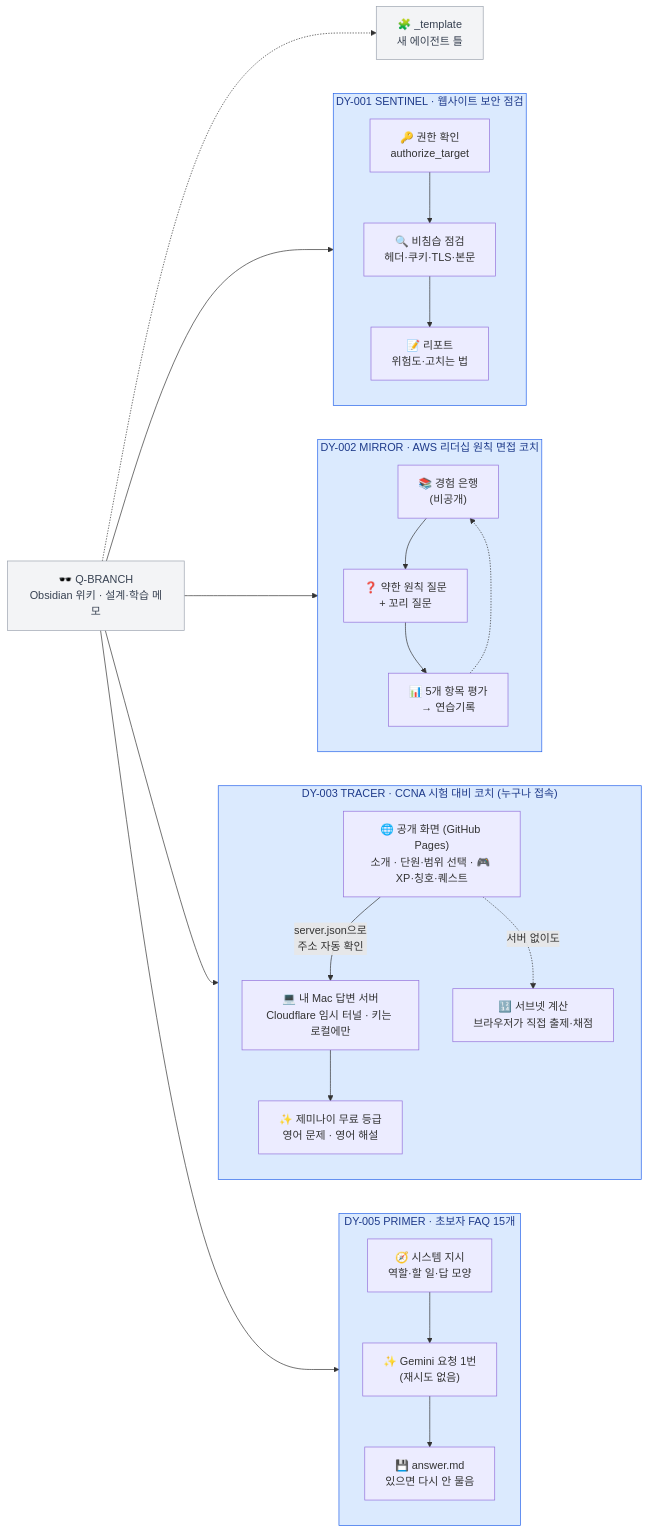
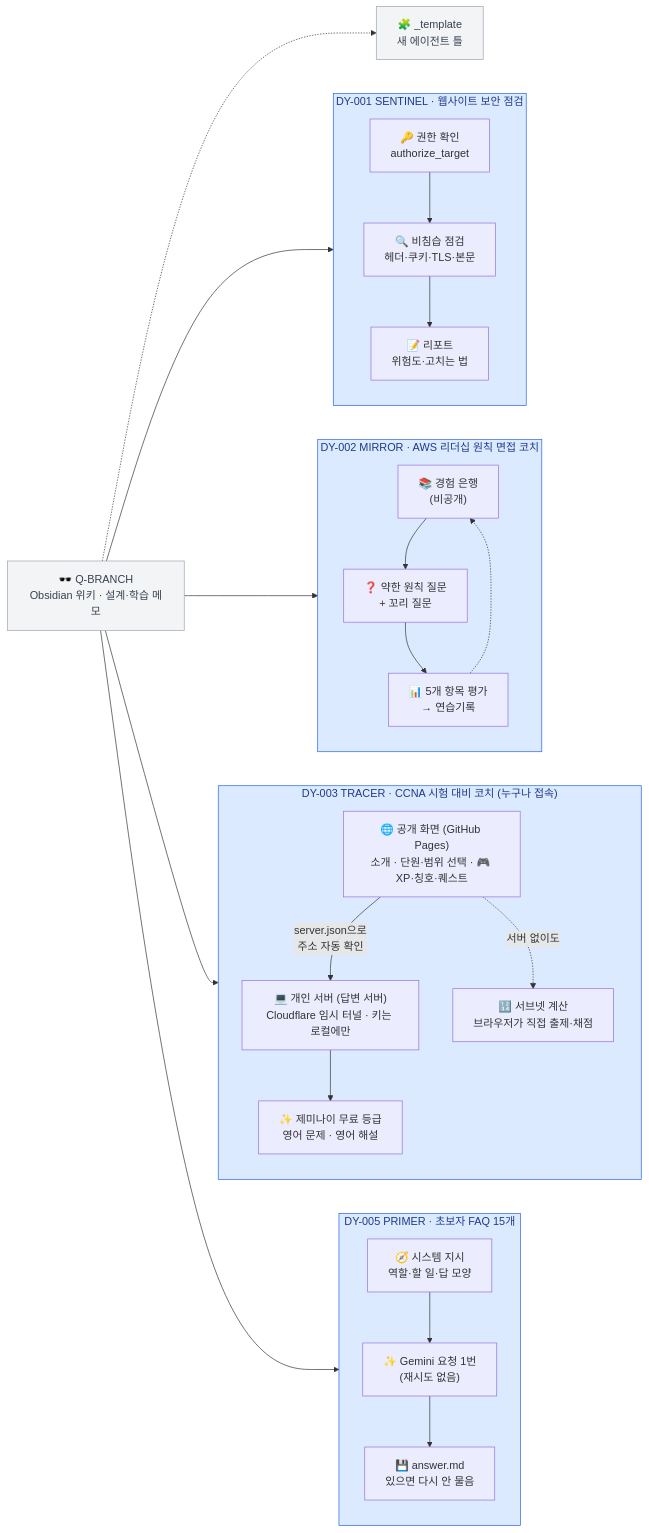
Before and after one commit to DODO-YONG/Obsidian: the diagram in README.md, drawn with Mermaid. The commit also changed other lines of this file and 8 other files, not shown here.

````diff
--- a/README.md
+++ b/README.md
@@ -12,43 +12,43 @@
 ```mermaid
 flowchart LR
   W["🕶️ Q-BRANCH<br/>Obsidian 위키 · 설계·학습 메모"]
   T["🧩 _template<br/>새 에이전트 틀"]
   W -.-> T
 
   subgraph SA["DY-001 SENTINEL · 웹사이트 보안 점검"]
     direction TB
     SA1["🔑 권한 확인<br/>authorize_target"] --> SA2["🔍 비침습 점검<br/>헤더·쿠키·TLS·본문"]
     SA2 --> SA3["📝 리포트<br/>위험도·고치는 법"]
   end
   W --> SA
 
   subgraph IC["DY-002 MIRROR · AWS 리더십 원칙 면접 코치"]
     direction TB
     IC1["📚 경험 은행<br/>(비공개)"] --> IC2["❓ 약한 원칙 질문<br/>+ 꼬리 질문"]
     IC2 --> IC3["📊 5개 항목 평가<br/>→ 연습기록"]
     IC3 -.-> IC1
   end
   W --> IC
 
   subgraph CC["DY-003 TRACER · CCNA 시험 대비 코치 (누구나 접속)"]
     direction TB
-    CC1["🌐 공개 화면 (GitHub Pages)<br/>소개 · 단원·범위 선택 · 🎮 XP·칭호·퀘스트"] -->|"server.json으로<br/>주소 자동 확인"| CC2["💻 내 Mac 답변 서버<br/>Cloudflare 임시 터널 · 키는 로컬에만"]
+    CC1["🌐 공개 화면 (GitHub Pages)<br/>소개 · 단원·범위 선택 · 🎮 XP·칭호·퀘스트"] -->|"server.json으로<br/>주소 자동 확인"| CC2["💻 개인 서버 (답변 서버)<br/>Cloudflare 임시 터널 · 키는 로컬에만"]
     CC2 --> CC3["✨ 제미나이 무료 등급<br/>영어 문제 · 영어 해설"]
     CC1 -.->|"서버 없이도"| CC4["🔢 서브넷 계산<br/>브라우저가 직접 출제·채점"]
   end
   W --> CC
 
   subgraph BF["DY-005 PRIMER · 초보자 FAQ 15개"]
     direction TB
     BF1["🧭 시스템 지시<br/>역할·할 일·답 모양"] --> BF2["✨ Gemini 요청 1번<br/>(재시도 없음)"]
     BF2 --> BF3["💾 answer.md<br/>있으면 다시 안 물음"]
   end
   W --> BF
 
   classDef base fill:#f3f4f6,stroke:#9ca3af,color:#374151
   class W,T base
   style SA fill:#dbeafe,stroke:#2563eb,color:#1e3a8a
   style IC fill:#dbeafe,stroke:#2563eb,color:#1e3a8a
   style CC fill:#dbeafe,stroke:#2563eb,color:#1e3a8a
   style BF fill:#dbeafe,stroke:#2563eb,color:#1e3a8a
 ```
````
